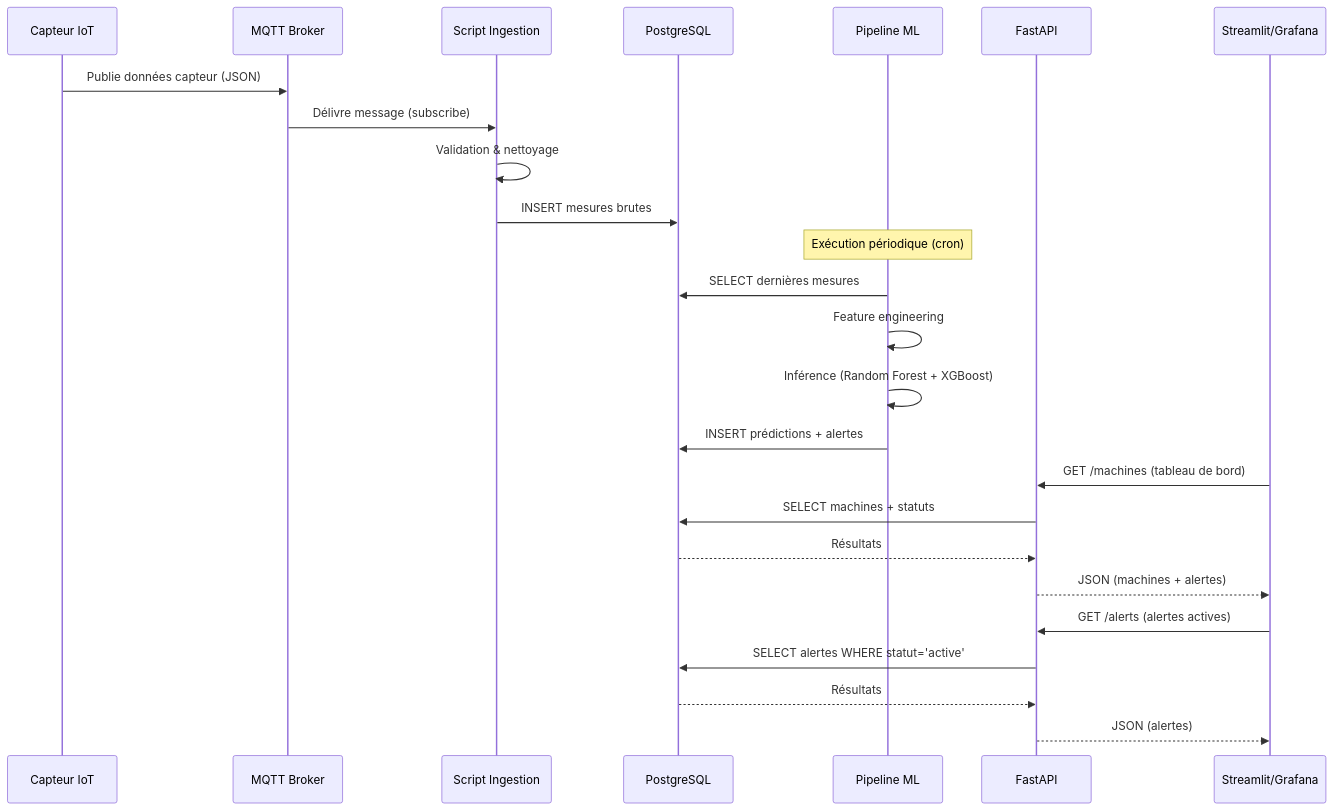
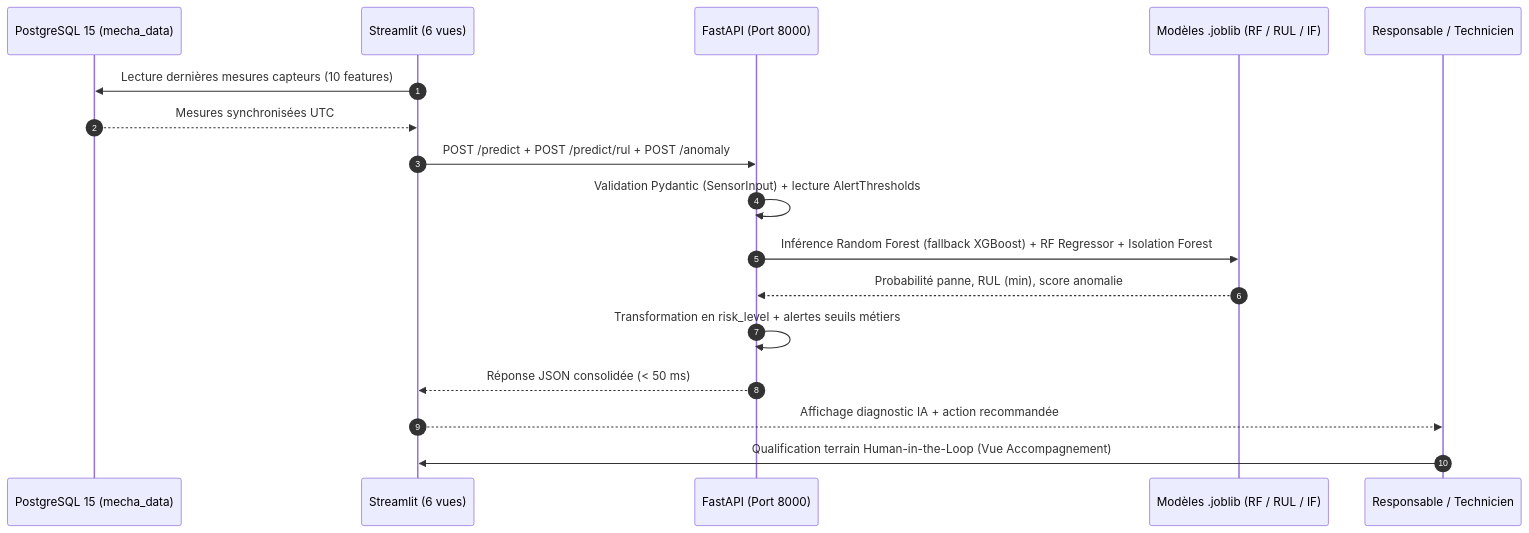
One commit to HASHT85/MSPR2-MECHA changed the second of 2 diagrams in docs/architecture.md. Above: the diagram before and after it, drawn with Mermaid. The commit also changed other lines of this file and 48 other files, not shown here.

````diff
--- a/docs/architecture.md
+++ b/docs/architecture.md
@@ -430,31 +157,20 @@
 ```mermaid
 sequenceDiagram
-    participant C as Capteur IoT
-    participant M as MQTT Broker
-    participant I as Script Ingestion
-    participant DB as PostgreSQL
-    participant ML as Pipeline ML
-    participant API as FastAPI
-    participant UI as Streamlit/Grafana
+    autonumber
+    participant DB as PostgreSQL 15 (mecha_data)
+    participant UI as Streamlit (6 vues)
+    participant API as FastAPI (Port 8000)
+    participant ML as Modèles .joblib (RF / RUL / IF)
+    participant OP as Responsable / Technicien
 
-    C->>M: Publie données capteur (JSON)
-    M->>I: Délivre message (subscribe)
-    I->>I: Validation & nettoyage
-    I->>DB: INSERT mesures brutes
-    
-    Note over ML: Exécution périodique (cron)
-    ML->>DB: SELECT dernières mesures
-    ML->>ML: Feature engineering
-    ML->>ML: Inférence (Random Forest + XGBoost)
-    ML->>DB: INSERT prédictions + alertes
-
-    UI->>API: GET /machines (tableau de bord)
-    API->>DB: SELECT machines + statuts
-    DB-->>API: Résultats
-    API-->>UI: JSON (machines + alertes)
-
-    UI->>API: GET /alerts (alertes actives)
-    API->>DB: SELECT alertes WHERE statut='active'
-    DB-->>API: Résultats
-    API-->>UI: JSON (alertes)
+    UI->>DB: Lecture dernières mesures capteurs (10 features)
+    DB-->>UI: Mesures synchronisées UTC
+    UI->>API: POST /predict + POST /predict/rul + POST /anomaly
+    API->>API: Validation Pydantic (SensorInput) + lecture AlertThresholds
+    API->>ML: Inférence Random Forest (fallback XGBoost) + RF Regressor + Isolation Forest
+    ML-->>API: Probabilité panne, RUL (min), score anomalie
+    API->>API: Transformation en risk_level + alertes seuils métiers
+    API-->>UI: Réponse JSON consolidée (< 50 ms)
+    UI-->>OP: Affichage diagnostic IA + action recommandée
+    OP->>UI: Qualification terrain Human-in-the-Loop (Vue Accompagnement)
 ```
````
